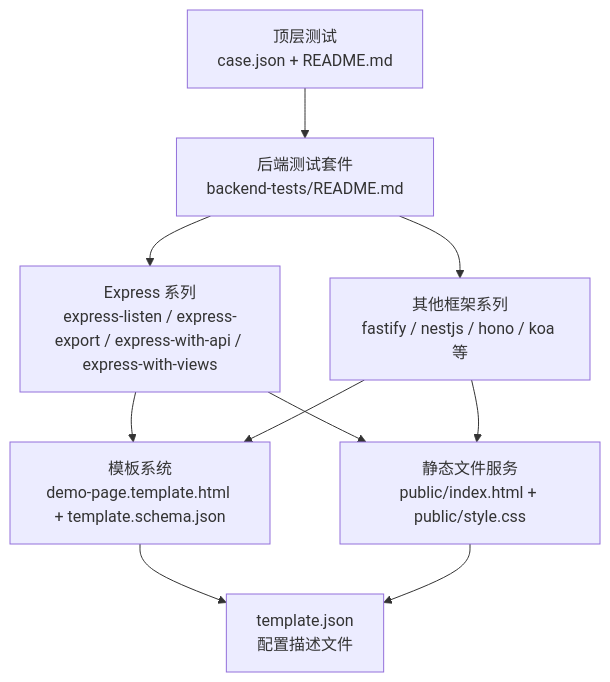
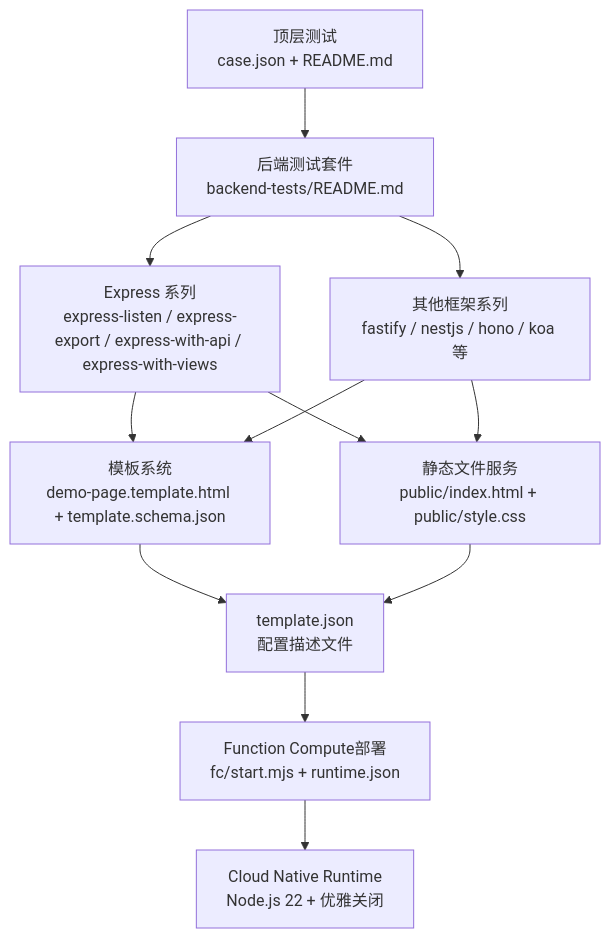
Before and after one commit to esa-sp/test-for-aone-ci: the first of 11 diagrams in .qoder/repowiki/zh/content/后端框架测试/后端框架测试.md, drawn with Mermaid. The commit also changed other lines of this file and 51 other files, not shown here.

````diff
--- a/.qoder/repowiki/zh/content/后端框架测试/后端框架测试.md
+++ b/.qoder/repowiki/zh/content/后端框架测试/后端框架测试.md
@@ -87,12 +93,14 @@
 ```mermaid
 graph TB
 A["顶层测试<br/>case.json + README.md"] --> B["后端测试套件<br/>backend-tests/README.md"]
 B --> C["Express 系列<br/>express-listen / express-export / express-with-api / express-with-views"]
 B --> D["其他框架系列<br/>fastify / nestjs / hono / koa 等"]
 C --> E["模板系统<br/>demo-page.template.html + template.schema.json"]
 C --> F["静态文件服务<br/>public/index.html + public/style.css"]
 D --> E
 D --> F
 E --> G["template.json<br/>配置描述文件"]
 F --> G
+G --> H["Function Compute部署<br/>fc/start.mjs + runtime.json"]
+H --> I["Cloud Native Runtime<br/>Node.js 22 + 优雅关闭"]
 ```
````
